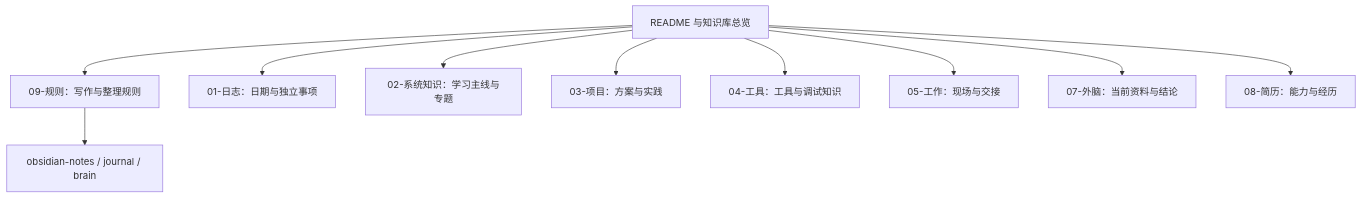
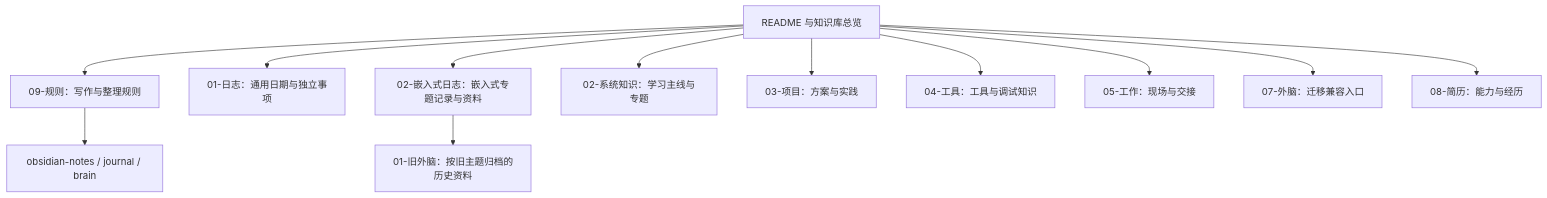
The diagram in README.md (linxi27667/Obsidian_Knowledge_Vault), drawn with Mermaid before and after one commit. The commit also changed other lines of this file and 155 other files, not shown here.

````diff
--- a/README.md
+++ b/README.md
@@ -75,13 +83,15 @@
 ```mermaid
 flowchart TB
   ROOT["README 与知识库总览"]
   ROOT --> RULES["09-规则：写作与整理规则"]
-  ROOT --> L["01-日志：日期与独立事项"]
+  ROOT --> L["01-日志：通用日期与独立事项"]
+  ROOT --> EL["02-嵌入式日志：嵌入式专题记录与资料"]
+  EL --> ELA["01-旧外脑：按旧主题归档的历史资料"]
   ROOT --> S["02-系统知识：学习主线与专题"]
   ROOT --> P["03-项目：方案与实践"]
   ROOT --> T["04-工具：工具与调试知识"]
   ROOT --> W["05-工作：现场与交接"]
-  ROOT --> E["07-外脑：当前资料与结论"]
+  ROOT --> E["07-外脑：迁移兼容入口"]
   ROOT --> R["08-简历：能力与经历"]
   RULES --> SKILLS["obsidian-notes / journal / brain"]
 ```
````
